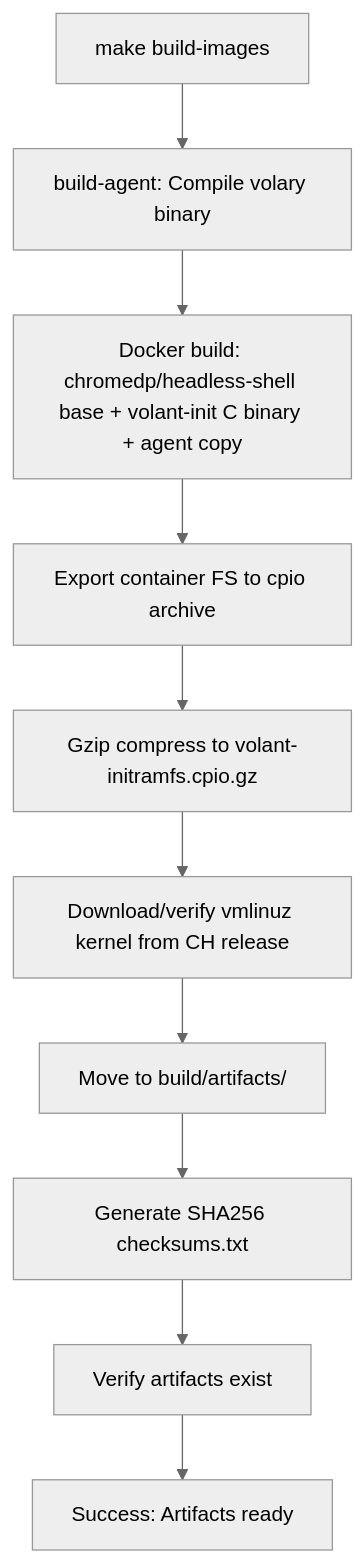
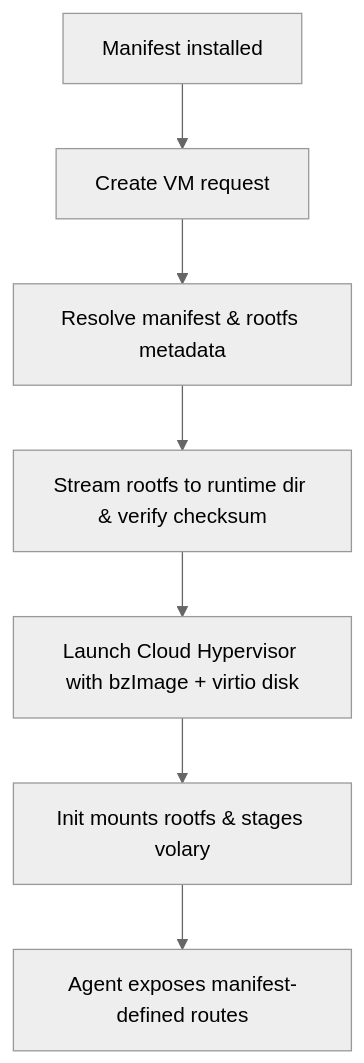
Before and after one commit to ccheshirecat/volant: the diagram in docs/architecture/image-pipeline.md, drawn with Mermaid (neutral theme). The commit also changed other lines of this file, not shown here.

First line of the commit message:
docs: update image pipeline documentation to reflect new artifact structure and build process

````diff
--- a/docs/architecture/image-pipeline.md
+++ b/docs/architecture/image-pipeline.md
@@ -31,12 +20,9 @@
 ```mermaid
 graph TD
-    A[make build-images] --> B[build-agent: Compile volary binary]
-    B --> C[Docker build: chromedp/headless-shell base + volant-init C binary + agent copy]
-    C --> D[Export container FS to cpio archive]
-    D --> E[Gzip compress to volant-initramfs.cpio.gz]
-    E --> F[Download/verify vmlinuz kernel from CH release]
-    F --> G[Move to build/artifacts/]
-    G --> H[Generate SHA256 checksums.txt]
-    H --> I[Verify artifacts exist]
-    I --> J[Success: Artifacts ready]
+    A[Manifest installed] --> B[Create VM request]
+    B --> C[Resolve manifest & rootfs metadata]
+    C --> D[Stream rootfs to runtime dir & verify checksum]
+    D --> E[Launch Cloud Hypervisor with bzImage + virtio disk]
+    E --> F[Init mounts rootfs & stages volary]
+    F --> G[Agent exposes manifest-defined routes]
 ```
````
